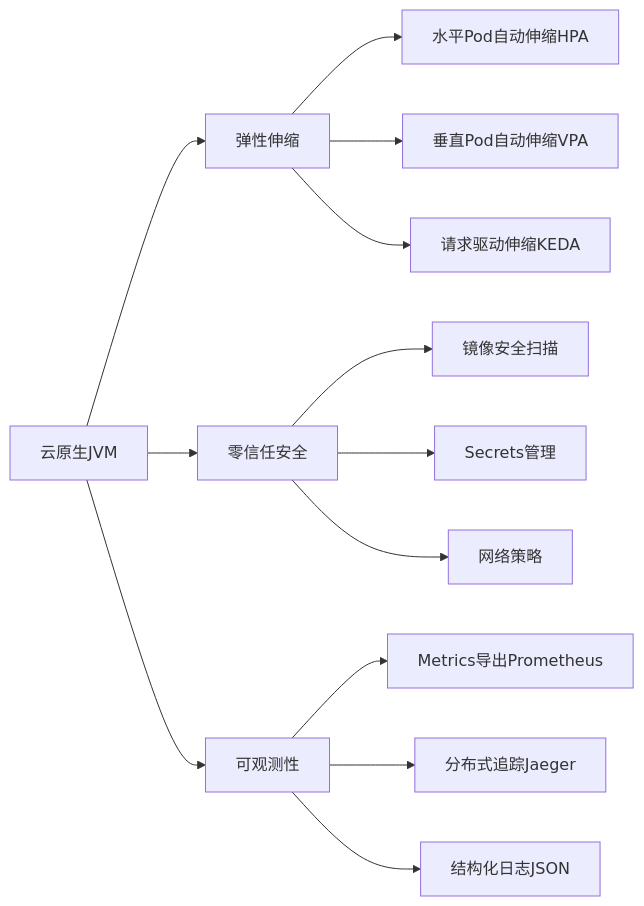
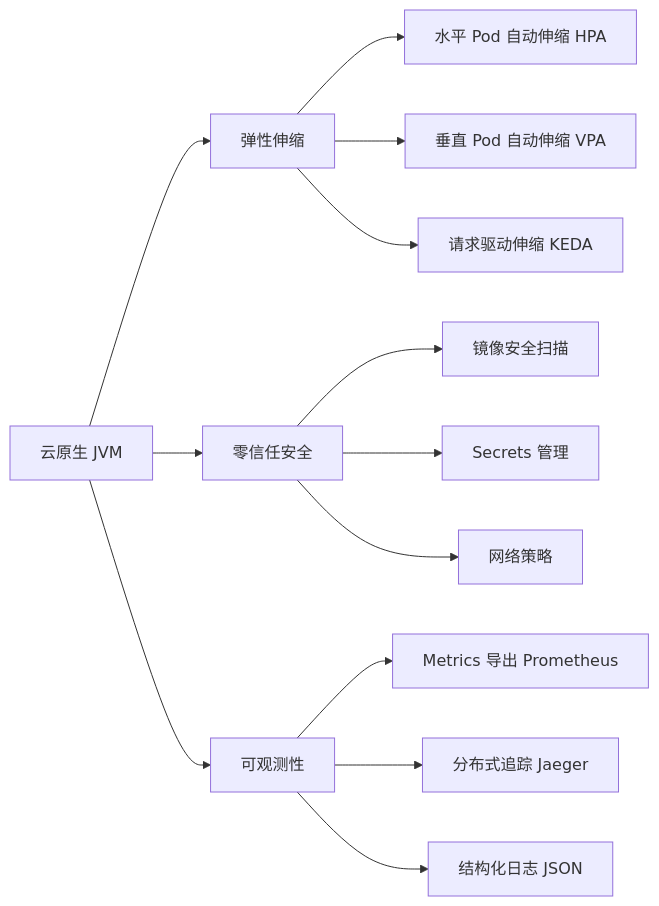
Before and after one commit to b1tzer/b1tzer.github.io: the third of 3 diagrams in docs/01-java-basic/20-JVM 现代实践与前沿技术 —— 容器化 cgroup 感知、虚拟线程 Continuation、JFR 零拷贝与云原生落地.md, drawn with Mermaid. The commit also changed other lines of this file and 23 other files, not shown here.

````diff
--- a/docs/01-java-basic/20-JVM 现代实践与前沿技术 —— 容器化 cgroup 感知、虚拟线程 Continuation、JFR 零拷贝与云原生落地.md
+++ b/docs/01-java-basic/20-JVM 现代实践与前沿技术 —— 容器化 cgroup 感知、虚拟线程 Continuation、JFR 零拷贝与云原生落地.md
@@ -197,18 +405,18 @@
 ```mermaid
 flowchart LR
-    A[云原生JVM] --> B[弹性伸缩]
+    A[云原生 JVM] --> B[弹性伸缩]
     A --> C[零信任安全]
     A --> D[可观测性]
 
-    B --> B1[水平Pod自动伸缩HPA]
-    B --> B2[垂直Pod自动伸缩VPA]
-    B --> B3[请求驱动伸缩KEDA]
+    B --> B1[水平 Pod 自动伸缩 HPA]
+    B --> B2[垂直 Pod 自动伸缩 VPA]
+    B --> B3[请求驱动伸缩 KEDA]
 
     C --> C1[镜像安全扫描]
-    C --> C2[Secrets管理]
+    C --> C2[Secrets 管理]
     C --> C3[网络策略]
 
-    D --> D1[Metrics导出Prometheus]
-    D --> D2[分布式追踪Jaeger]
-    D --> D3[结构化日志JSON]
+    D --> D1[Metrics 导出 Prometheus]
+    D --> D2[分布式追踪 Jaeger]
+    D --> D3[结构化日志 JSON]
 ```
````
